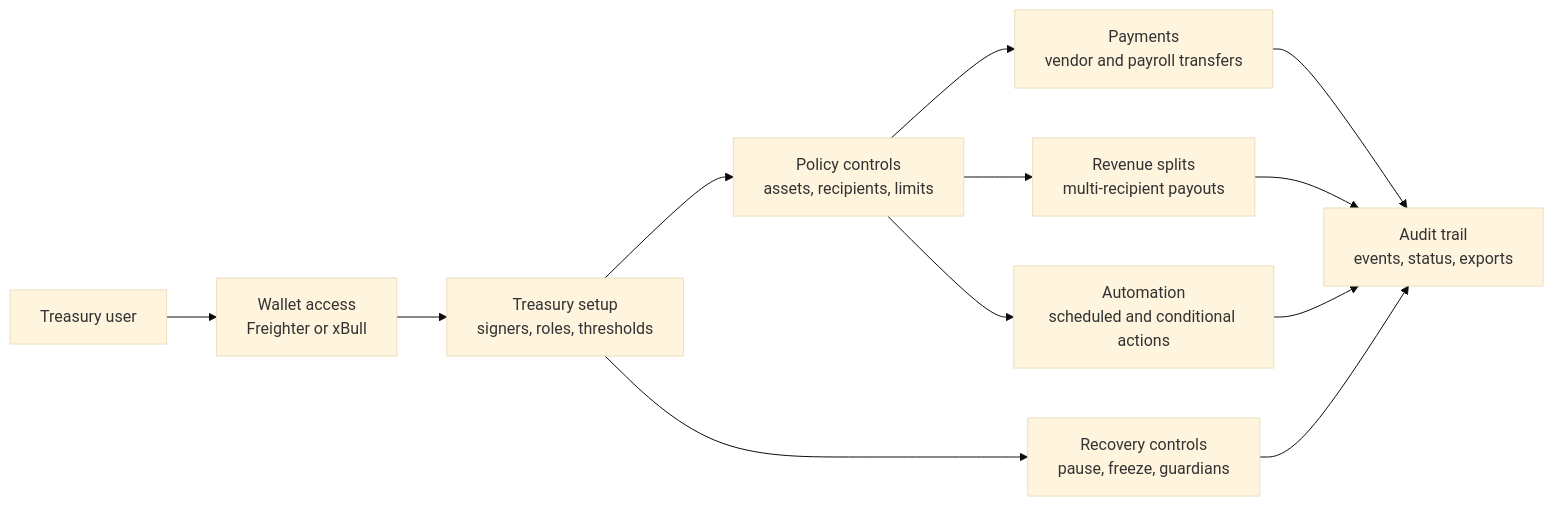
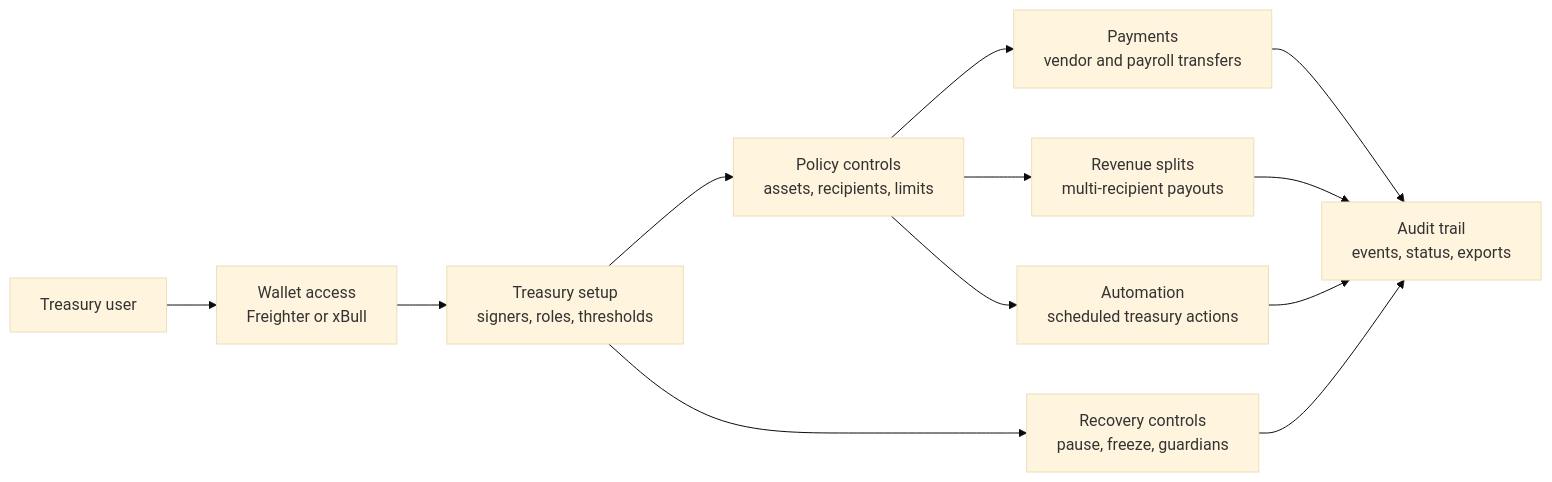
One commit to Frihat-dev/smart-wallet-stellar changed the first of 14 diagrams in docs/TECHNICAL_ARCHITECTURE.md. Above: the diagram before and after it, drawn with Mermaid (base theme). The commit also changed other lines of this file, not shown here.

Commit message:
docs: align technical architecture with launch scope

````diff
--- a/docs/TECHNICAL_ARCHITECTURE.md
+++ b/docs/TECHNICAL_ARCHITECTURE.md
@@ -103,24 +103,24 @@
 ```mermaid
 flowchart LR
     User["Treasury user"]
     Wallet["Wallet access<br/>Freighter or xBull"]
     Setup["Treasury setup<br/>signers, roles, thresholds"]
     Policy["Policy controls<br/>assets, recipients, limits"]
     Payments["Payments<br/>vendor and payroll transfers"]
     Splits["Revenue splits<br/>multi-recipient payouts"]
-    Automation["Automation<br/>scheduled and conditional actions"]
+    Automation["Automation<br/>scheduled treasury actions"]
     Recovery["Recovery controls<br/>pause, freeze, guardians"]
     Audit["Audit trail<br/>events, status, exports"]
 
     User --> Wallet
     Wallet --> Setup
     Setup --> Policy
     Policy --> Payments
     Policy --> Splits
     Policy --> Automation
     Setup --> Recovery
     Payments --> Audit
     Splits --> Audit
     Automation --> Audit
     Recovery --> Audit
 ```
````
